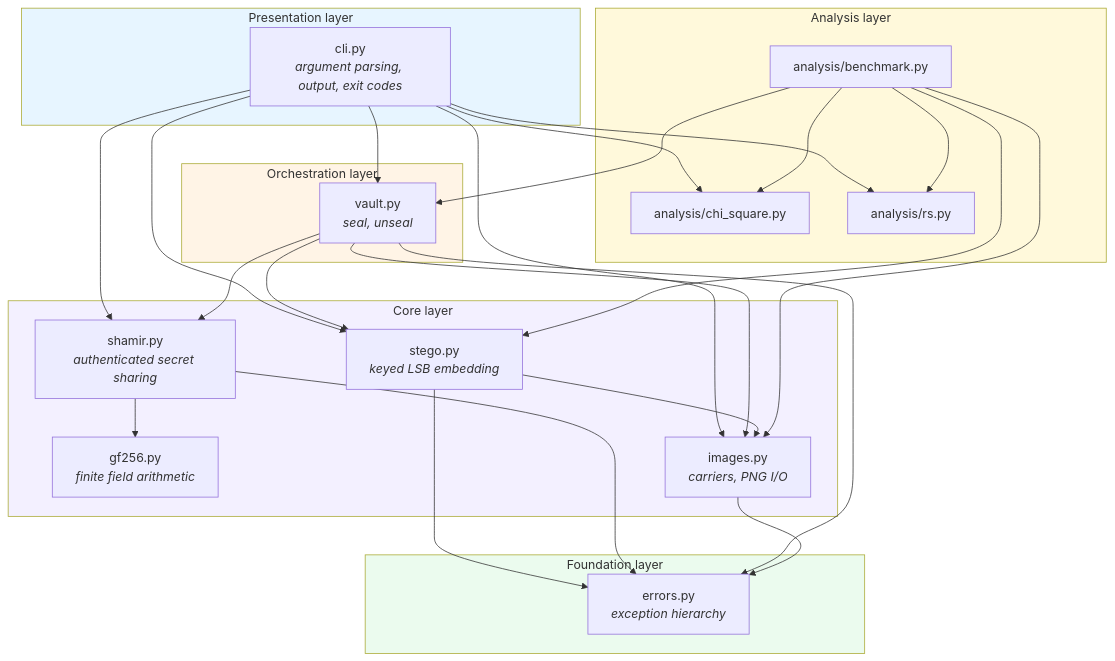
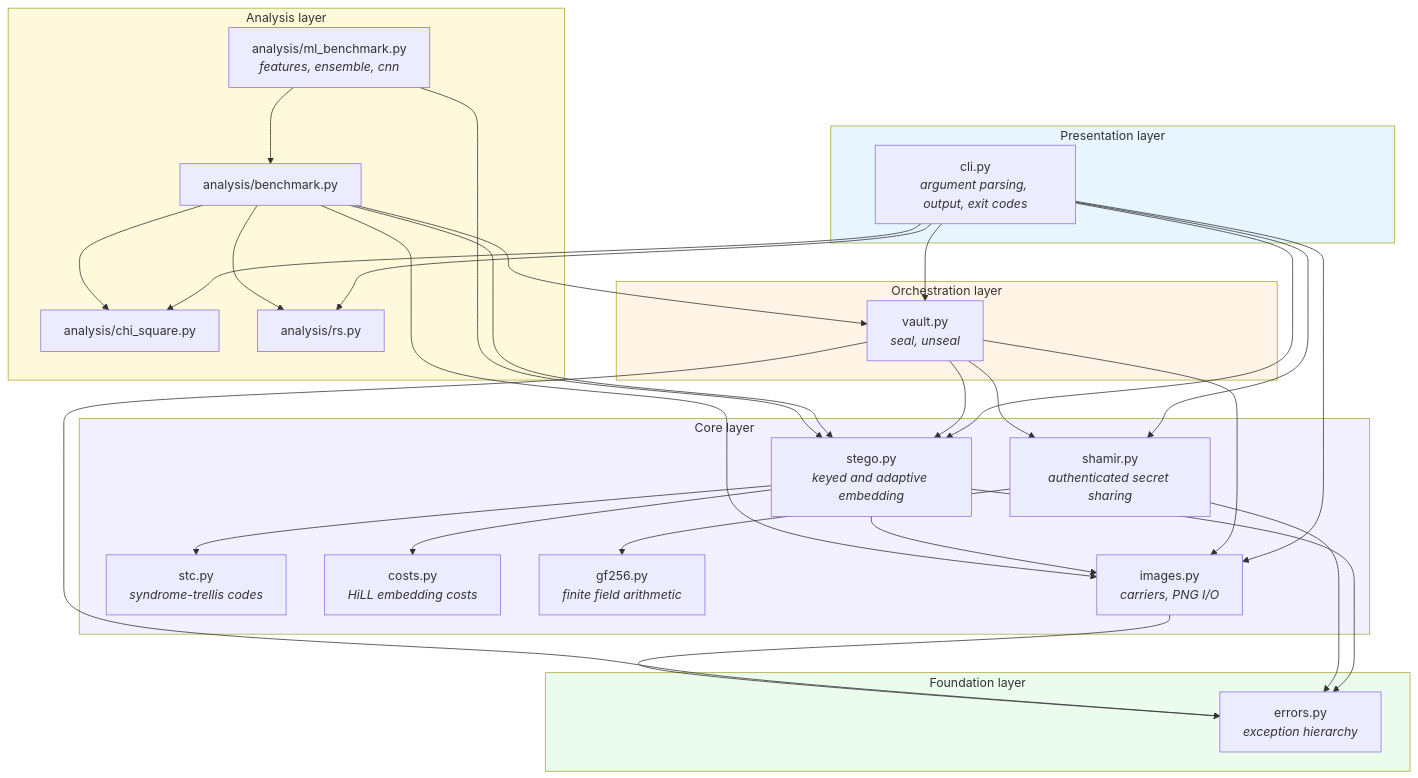
The second of 4 diagrams in docs/01-architecture.md (Just-Ipavon/shardpix), drawn with Mermaid before and after one commit. The commit also changed other lines of this file and 8 other files, not shown here.

First line of the commit message:
docs: format v4, adaptive embedding, and covers from PNG, JPEG and phones

````diff
--- a/docs/01-architecture.md
+++ b/docs/01-architecture.md
@@ -50,54 +50,61 @@
 ```mermaid
 graph TD
     subgraph presentation["Presentation layer"]
         CLI["cli.py<br/><i>argument parsing, output, exit codes</i>"]
     end
 
     subgraph orchestration["Orchestration layer"]
         VAULT["vault.py<br/><i>seal, unseal</i>"]
     end
 
     subgraph core["Core layer"]
-        STEGO["stego.py<br/><i>keyed LSB embedding</i>"]
+        STEGO["stego.py<br/><i>keyed and adaptive embedding</i>"]
+        STC["stc.py<br/><i>syndrome-trellis codes</i>"]
+        COSTS["costs.py<br/><i>HiLL embedding costs</i>"]
         SHAMIR["shamir.py<br/><i>authenticated secret sharing</i>"]
         GF["gf256.py<br/><i>finite field arithmetic</i>"]
         IMG["images.py<br/><i>carriers, PNG I/O</i>"]
     end
 
     subgraph analysis["Analysis layer"]
         CHI["analysis/chi_square.py"]
         RS["analysis/rs.py"]
         BENCH["analysis/benchmark.py"]
+        ML["analysis/ml_benchmark.py<br/><i>features, ensemble, cnn</i>"]
     end
 
     subgraph foundation["Foundation layer"]
         ERR["errors.py<br/><i>exception hierarchy</i>"]
     end
 
     CLI --> VAULT
     CLI --> STEGO
     CLI --> SHAMIR
     CLI --> CHI
     CLI --> RS
     CLI --> IMG
     VAULT --> STEGO
     VAULT --> SHAMIR
     VAULT --> IMG
     STEGO --> IMG
+    STEGO --> STC
+    STEGO --> COSTS
     SHAMIR --> GF
     BENCH --> STEGO
     BENCH --> VAULT
     BENCH --> CHI
     BENCH --> RS
     BENCH --> IMG
+    ML --> STEGO
+    ML --> BENCH
     STEGO --> ERR
     SHAMIR --> ERR
     VAULT --> ERR
     IMG --> ERR
 
     style presentation fill:#e7f5ff
     style orchestration fill:#fff4e6
     style core fill:#f3f0ff
     style analysis fill:#fff9db
     style foundation fill:#ebfbee
 ```
````
